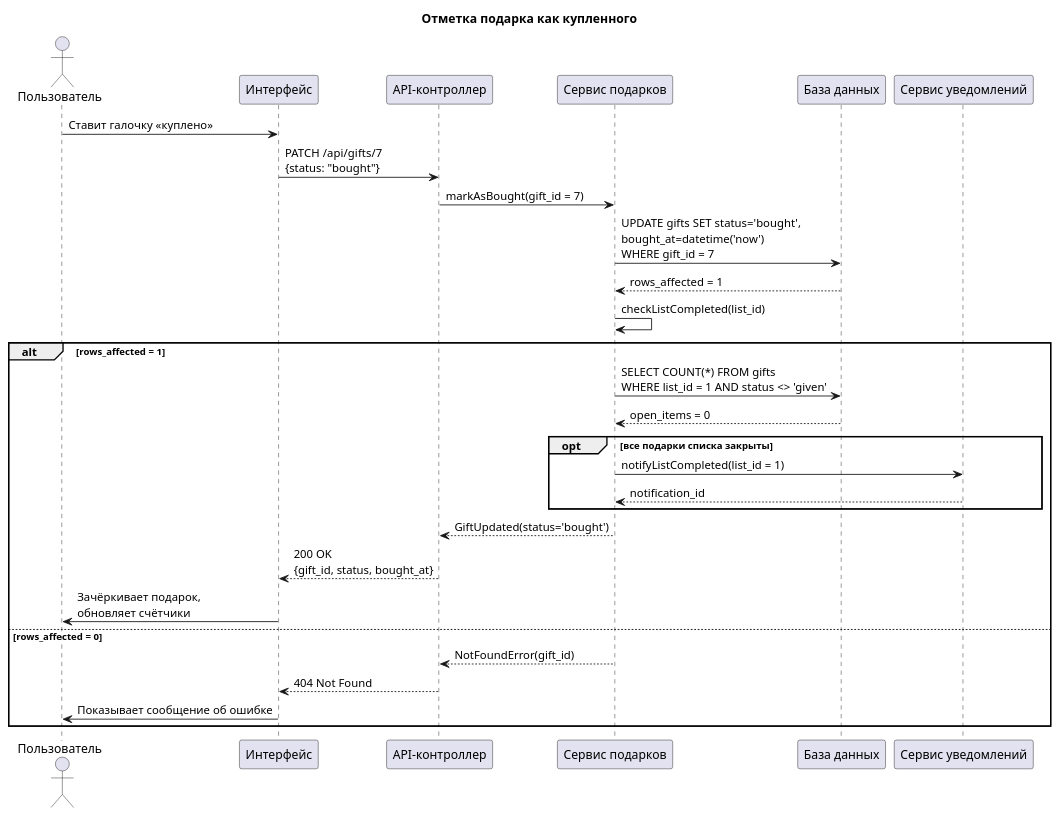
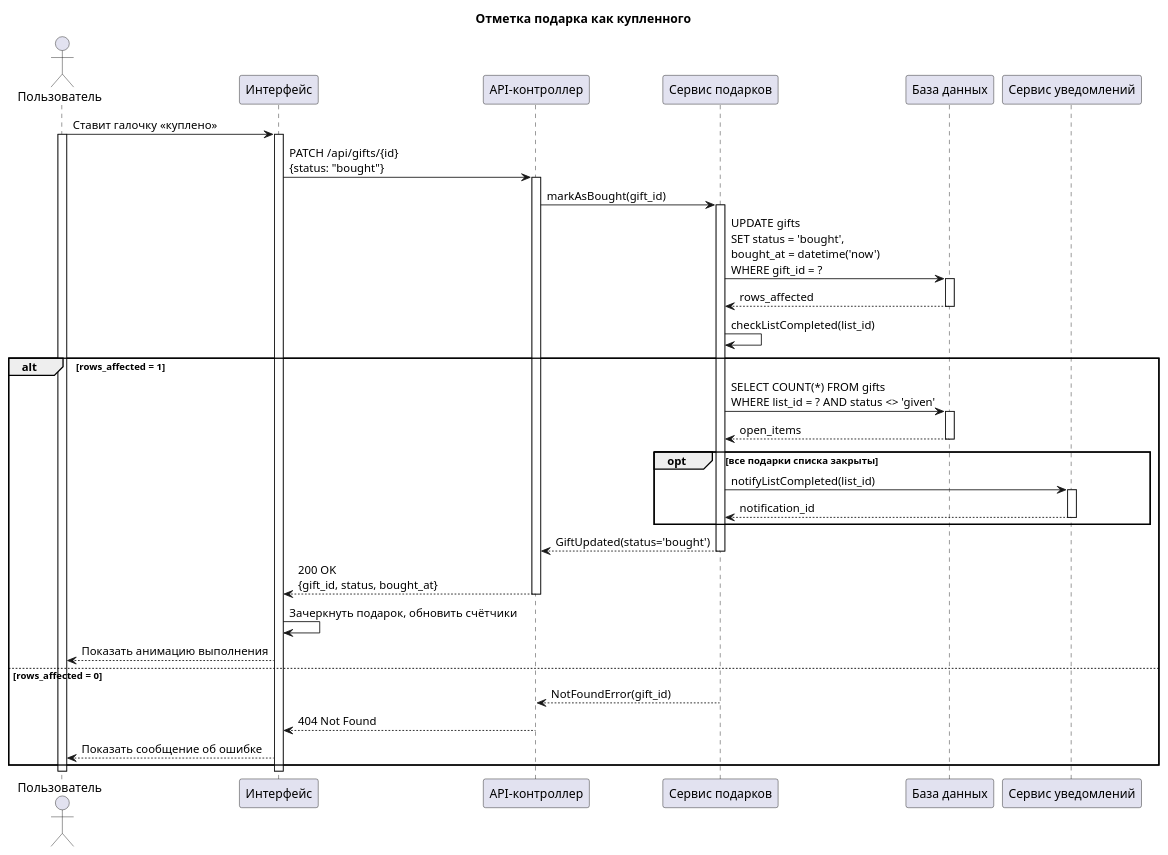
One commit to dimasutjrin-coder/Planirivhik-podarkov changed the diagram in docs/behavior/sequence/complete_gift_sequence.puml. Above: the diagram before and after it, drawn with PlantUML. The commit also changed 15 other files, not shown here.

Commit message:
docs: PlantUML-диаграммы с активациями и обновлённая документация поведения (ЛР5)

```diff
--- a/docs/behavior/sequence/complete_gift_sequence.puml
+++ b/docs/behavior/sequence/complete_gift_sequence.puml
@@ -1,37 +1,54 @@
 @startuml Complete_Gift_Sequence
 ' Сценарий 2: отметка подарка как купленного
-' Рендер: plantuml -tpng complete_gift_sequence.puml
+' Рендер: plantuml -tpng -tsvg complete_gift_sequence.puml
 
 title Отметка подарка как купленного
 
 actor "Пользователь" as User
 participant "Интерфейс" as UI
 participant "API-контроллер" as Controller
 participant "Сервис подарков" as GiftService
 participant "База данных" as DB
 participant "Сервис уведомлений" as NotificationService
 
 User -> UI: Ставит галочку «куплено»
-UI -> Controller: PATCH /api/gifts/7\n{status: "bought"}
-Controller -> GiftService: markAsBought(gift_id = 7)
-GiftService -> DB: UPDATE gifts SET status='bought',\nbought_at=datetime('now')\nWHERE gift_id = 7
-DB --> GiftService: rows_affected = 1
+activate User
+activate UI
+UI -> Controller: PATCH /api/gifts/{id}\n{status: "bought"}
+activate Controller
+Controller -> GiftService: markAsBought(gift_id)
+activate GiftService
+GiftService -> DB: UPDATE gifts\nSET status = 'bought',\nbought_at = datetime('now')\nWHERE gift_id = ?
+activate DB
+DB --> GiftService: rows_affected
+deactivate DB
 GiftService -> GiftService: checkListCompleted(list_id)
 
 alt rows_affected = 1
-  GiftService -> DB: SELECT COUNT(*) FROM gifts\nWHERE list_id = 1 AND status <> 'given'
-  DB --> GiftService: open_items = 0
+  GiftService -> DB: SELECT COUNT(*) FROM gifts\nWHERE list_id = ? AND status <> 'given'
+  activate DB
+  DB --> GiftService: open_items
+  deactivate DB
   opt все подарки списка закрыты
-    GiftService -> NotificationService: notifyListCompleted(list_id = 1)
+    GiftService -> NotificationService: notifyListCompleted(list_id)
+    activate NotificationService
     NotificationService --> GiftService: notification_id
+    deactivate NotificationService
   end
   GiftService --> Controller: GiftUpdated(status='bought')
+  deactivate GiftService
   Controller --> UI: 200 OK\n{gift_id, status, bought_at}
-  UI -> User: Зачёркивает подарок,\nобновляет счётчики
+  deactivate Controller
+  UI -> UI: Зачеркнуть подарок, обновить счётчики
+  UI --> User: Показать анимацию выполнения
 else rows_affected = 0
   GiftService --> Controller: NotFoundError(gift_id)
+  deactivate GiftService
   Controller --> UI: 404 Not Found
-  UI -> User: Показывает сообщение об ошибке
+  deactivate Controller
+  UI --> User: Показать сообщение об ошибке
 end
 
+deactivate UI
+deactivate User
 @enduml
```
